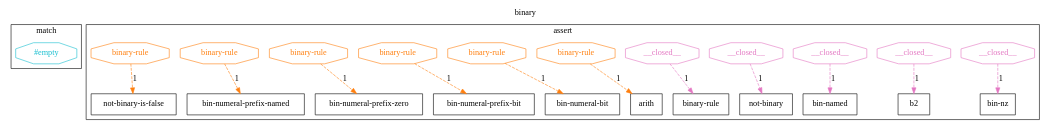
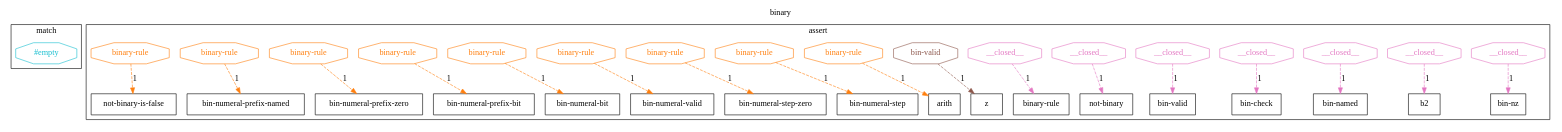
Before and after one commit to agutikov/ein: the diagram in docs/ein/user/04-reference/04-stdlib/diagrams/15-std.math.binary.binary.dot, drawn with Graphviz. The commit also changed 250 other files, not shown here.

```diff
--- a/docs/ein/user/04-reference/04-stdlib/diagrams/15-std.math.binary.binary.dot
+++ b/docs/ein/user/04-reference/04-stdlib/diagrams/15-std.math.binary.binary.dot
@@ -1,42 +1,60 @@
 digraph rule_binary_lhs_rhs {
   rankdir=TB;
   label="binary"; labelloc=t;
   subgraph cluster_lhs { label="match";
     "h1_#empty_L" [shape=octagon, label="#empty", color="#17becf", fontcolor="#17becf"];
   }
   subgraph cluster_rhs { label="assert";
     "bin-nz_R" [label="bin-nz", shape=rectangle];
     "b2_R" [label="b2", shape=rectangle];
     "bin-named_R" [label="bin-named", shape=rectangle];
+    "bin-check_R" [label="bin-check", shape=rectangle];
+    "bin-valid_R" [label="bin-valid", shape=rectangle];
     "not-binary_R" [label="not-binary", shape=rectangle];
     "binary-rule_R" [label="binary-rule", shape=rectangle];
+    "z_R" [label="z", shape=rectangle];
     "arith_R" [label="arith", shape=rectangle];
+    "bin-numeral-step_R" [label="bin-numeral-step", shape=rectangle];
+    "bin-numeral-step-zero_R" [label="bin-numeral-step-zero", shape=rectangle];
+    "bin-numeral-valid_R" [label="bin-numeral-valid", shape=rectangle];
     "bin-numeral-bit_R" [label="bin-numeral-bit", shape=rectangle];
     "bin-numeral-prefix-bit_R" [label="bin-numeral-prefix-bit", shape=rectangle];
     "bin-numeral-prefix-zero_R" [label="bin-numeral-prefix-zero", shape=rectangle];
     "bin-numeral-prefix-named_R" [label="bin-numeral-prefix-named", shape=rectangle];
     "not-binary-is-false_R" [label="not-binary-is-false", shape=rectangle];
     "h2___closed___R" [shape=octagon, label="__closed__", color="#e377c2", fontcolor="#e377c2"];
     "h2___closed___R" -> "bin-nz_R" [label="1", color="#e377c2", style=dashed];
     "h3___closed___R" [shape=octagon, label="__closed__", color="#e377c2", fontcolor="#e377c2"];
     "h3___closed___R" -> "b2_R" [label="1", color="#e377c2", style=dashed];
     "h4___closed___R" [shape=octagon, label="__closed__", color="#e377c2", fontcolor="#e377c2"];
     "h4___closed___R" -> "bin-named_R" [label="1", color="#e377c2", style=dashed];
     "h5___closed___R" [shape=octagon, label="__closed__", color="#e377c2", fontcolor="#e377c2"];
-    "h5___closed___R" -> "not-binary_R" [label="1", color="#e377c2", style=dashed];
+    "h5___closed___R" -> "bin-check_R" [label="1", color="#e377c2", style=dashed];
     "h6___closed___R" [shape=octagon, label="__closed__", color="#e377c2", fontcolor="#e377c2"];
-    "h6___closed___R" -> "binary-rule_R" [label="1", color="#e377c2", style=dashed];
-    "h7_binary-rule_R" [shape=octagon, label="binary-rule", color="#ff7f0e", fontcolor="#ff7f0e"];
-    "h7_binary-rule_R" -> "arith_R" [label="1", color="#ff7f0e", style=dashed];
-    "h8_binary-rule_R" [shape=octagon, label="binary-rule", color="#ff7f0e", fontcolor="#ff7f0e"];
-    "h8_binary-rule_R" -> "bin-numeral-bit_R" [label="1", color="#ff7f0e", style=dashed];
-    "h9_binary-rule_R" [shape=octagon, label="binary-rule", color="#ff7f0e", fontcolor="#ff7f0e"];
-    "h9_binary-rule_R" -> "bin-numeral-prefix-bit_R" [label="1", color="#ff7f0e", style=dashed];
+    "h6___closed___R" -> "bin-valid_R" [label="1", color="#e377c2", style=dashed];
+    "h7___closed___R" [shape=octagon, label="__closed__", color="#e377c2", fontcolor="#e377c2"];
+    "h7___closed___R" -> "not-binary_R" [label="1", color="#e377c2", style=dashed];
+    "h8___closed___R" [shape=octagon, label="__closed__", color="#e377c2", fontcolor="#e377c2"];
+    "h8___closed___R" -> "binary-rule_R" [label="1", color="#e377c2", style=dashed];
+    "h9_bin-valid_R" [shape=octagon, label="bin-valid", color="#8c564b", fontcolor="#8c564b"];
+    "h9_bin-valid_R" -> "z_R" [label="1", color="#8c564b", style=dashed];
     "h10_binary-rule_R" [shape=octagon, label="binary-rule", color="#ff7f0e", fontcolor="#ff7f0e"];
-    "h10_binary-rule_R" -> "bin-numeral-prefix-zero_R" [label="1", color="#ff7f0e", style=dashed];
+    "h10_binary-rule_R" -> "arith_R" [label="1", color="#ff7f0e", style=dashed];
     "h11_binary-rule_R" [shape=octagon, label="binary-rule", color="#ff7f0e", fontcolor="#ff7f0e"];
-    "h11_binary-rule_R" -> "bin-numeral-prefix-named_R" [label="1", color="#ff7f0e", style=dashed];
+    "h11_binary-rule_R" -> "bin-numeral-step_R" [label="1", color="#ff7f0e", style=dashed];
     "h12_binary-rule_R" [shape=octagon, label="binary-rule", color="#ff7f0e", fontcolor="#ff7f0e"];
-    "h12_binary-rule_R" -> "not-binary-is-false_R" [label="1", color="#ff7f0e", style=dashed];
+    "h12_binary-rule_R" -> "bin-numeral-step-zero_R" [label="1", color="#ff7f0e", style=dashed];
+    "h13_binary-rule_R" [shape=octagon, label="binary-rule", color="#ff7f0e", fontcolor="#ff7f0e"];
+    "h13_binary-rule_R" -> "bin-numeral-valid_R" [label="1", color="#ff7f0e", style=dashed];
+    "h14_binary-rule_R" [shape=octagon, label="binary-rule", color="#ff7f0e", fontcolor="#ff7f0e"];
+    "h14_binary-rule_R" -> "bin-numeral-bit_R" [label="1", color="#ff7f0e", style=dashed];
+    "h15_binary-rule_R" [shape=octagon, label="binary-rule", color="#ff7f0e", fontcolor="#ff7f0e"];
+    "h15_binary-rule_R" -> "bin-numeral-prefix-bit_R" [label="1", color="#ff7f0e", style=dashed];
+    "h16_binary-rule_R" [shape=octagon, label="binary-rule", color="#ff7f0e", fontcolor="#ff7f0e"];
+    "h16_binary-rule_R" -> "bin-numeral-prefix-zero_R" [label="1", color="#ff7f0e", style=dashed];
+    "h17_binary-rule_R" [shape=octagon, label="binary-rule", color="#ff7f0e", fontcolor="#ff7f0e"];
+    "h17_binary-rule_R" -> "bin-numeral-prefix-named_R" [label="1", color="#ff7f0e", style=dashed];
+    "h18_binary-rule_R" [shape=octagon, label="binary-rule", color="#ff7f0e", fontcolor="#ff7f0e"];
+    "h18_binary-rule_R" -> "not-binary-is-false_R" [label="1", color="#ff7f0e", style=dashed];
   }
 }
```
